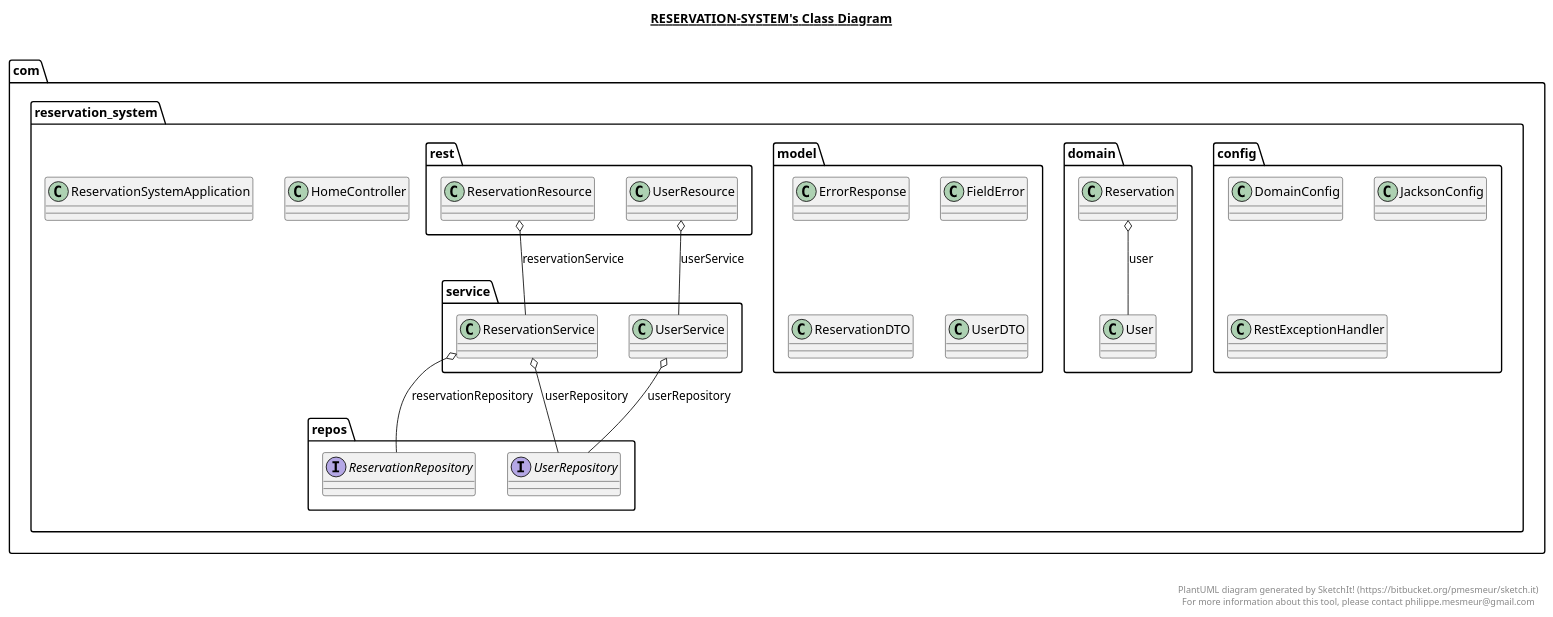
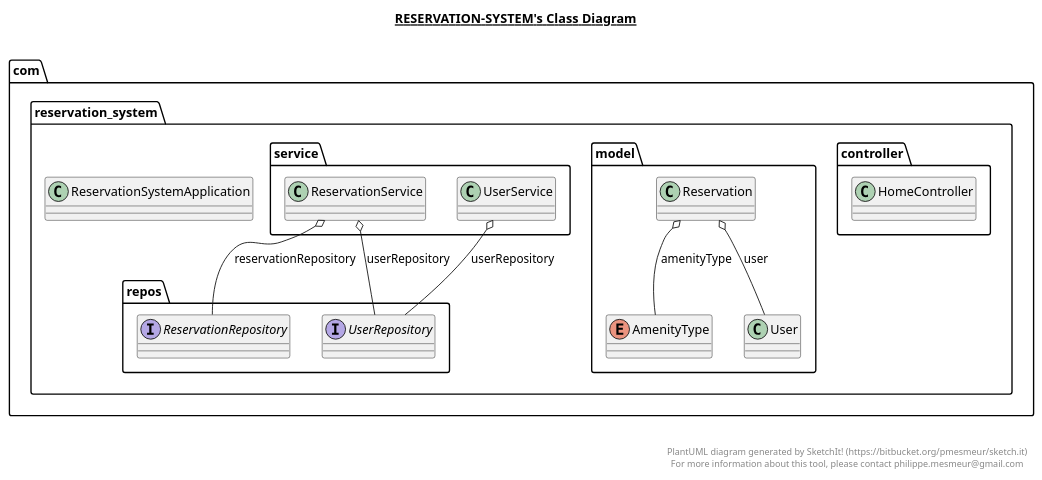
One commit to adam112henry/reservation-system changed the diagram in reservation-system.plantuml. Above: the diagram before and after it, drawn with PlantUML. The commit also changed 27 other files, not shown here.

```diff
--- a/reservation-system.plantuml
+++ b/reservation-system.plantuml
@@ -1,152 +1,89 @@
 @startuml
 
 title __RESERVATION-SYSTEM's Class Diagram__\n
-
-  namespace com.reservation_system {
-    class com.reservation_system.HomeController {
-    }
-  }
-  
 
   namespace com.reservation_system {
     class com.reservation_system.ReservationSystemApplication {
     }
   }
   
 
   namespace com.reservation_system {
-    namespace config {
-      class com.reservation_system.config.DomainConfig {
-      }
-    }
-  }
-  
-
-  namespace com.reservation_system {
-    namespace config {
-      class com.reservation_system.config.JacksonConfig {
-      }
-    }
-  }
-  
-
-  namespace com.reservation_system {
-    namespace config {
-      class com.reservation_system.config.RestExceptionHandler {
-      }
-    }
-  }
-  
-
-  namespace com.reservation_system {
-    namespace domain {
-      class com.reservation_system.domain.Reservation {
-      }
-    }
-  }
-  
-
-  namespace com.reservation_system {
-    namespace domain {
-      class com.reservation_system.domain.User {
+    namespace controller {
+      class com.reservation_system.controller.HomeController {
       }
     }
   }
   
 
   namespace com.reservation_system {
     namespace model {
-      class com.reservation_system.model.ErrorResponse {
+      enum AmenityType {
       }
     }
   }
   
 
   namespace com.reservation_system {
     namespace model {
-      class com.reservation_system.model.FieldError {
+      class com.reservation_system.model.Reservation {
       }
     }
   }
   
 
   namespace com.reservation_system {
     namespace model {
-      class com.reservation_system.model.ReservationDTO {
-      }
-    }
-  }
-  
-
-  namespace com.reservation_system {
-    namespace model {
-      class com.reservation_system.model.UserDTO {
+      class com.reservation_system.model.User {
       }
     }
   }
   
 
   namespace com.reservation_system {
     namespace repos {
       interface com.reservation_system.repos.ReservationRepository {
       }
     }
   }
   
 
   namespace com.reservation_system {
     namespace repos {
       interface com.reservation_system.repos.UserRepository {
       }
     }
   }
   
 
   namespace com.reservation_system {
-    namespace rest {
-      class com.reservation_system.rest.ReservationResource {
-      }
-    }
-  }
-  
-
-  namespace com.reservation_system {
-    namespace rest {
-      class com.reservation_system.rest.UserResource {
-      }
-    }
-  }
-  
-
-  namespace com.reservation_system {
     namespace service {
       class com.reservation_system.service.ReservationService {
       }
     }
   }
   
 
   namespace com.reservation_system {
     namespace service {
       class com.reservation_system.service.UserService {
       }
     }
   }
   
 
-  com.reservation_system.domain.Reservation o-- com.reservation_system.domain.User : user
-  com.reservation_system.rest.ReservationResource o-- com.reservation_system.service.ReservationService : reservationService
-  com.reservation_system.rest.UserResource o-- com.reservation_system.service.UserService : userService
+  com.reservation_system.model.Reservation o-- com.reservation_system.model.AmenityType : amenityType
+  com.reservation_system.model.Reservation o-- com.reservation_system.model.User : user
   com.reservation_system.service.ReservationService o-- com.reservation_system.repos.ReservationRepository : reservationRepository
   com.reservation_system.service.ReservationService o-- com.reservation_system.repos.UserRepository : userRepository
   com.reservation_system.service.UserService o-- com.reservation_system.repos.UserRepository : userRepository
 
 
 right footer
 
 
 PlantUML diagram generated by SketchIt! (https://bitbucket.org/pmesmeur/sketch.it)
 For more information about this tool, please contact philippe.mesmeur@gmail.com
 endfooter
 
 @enduml
```
